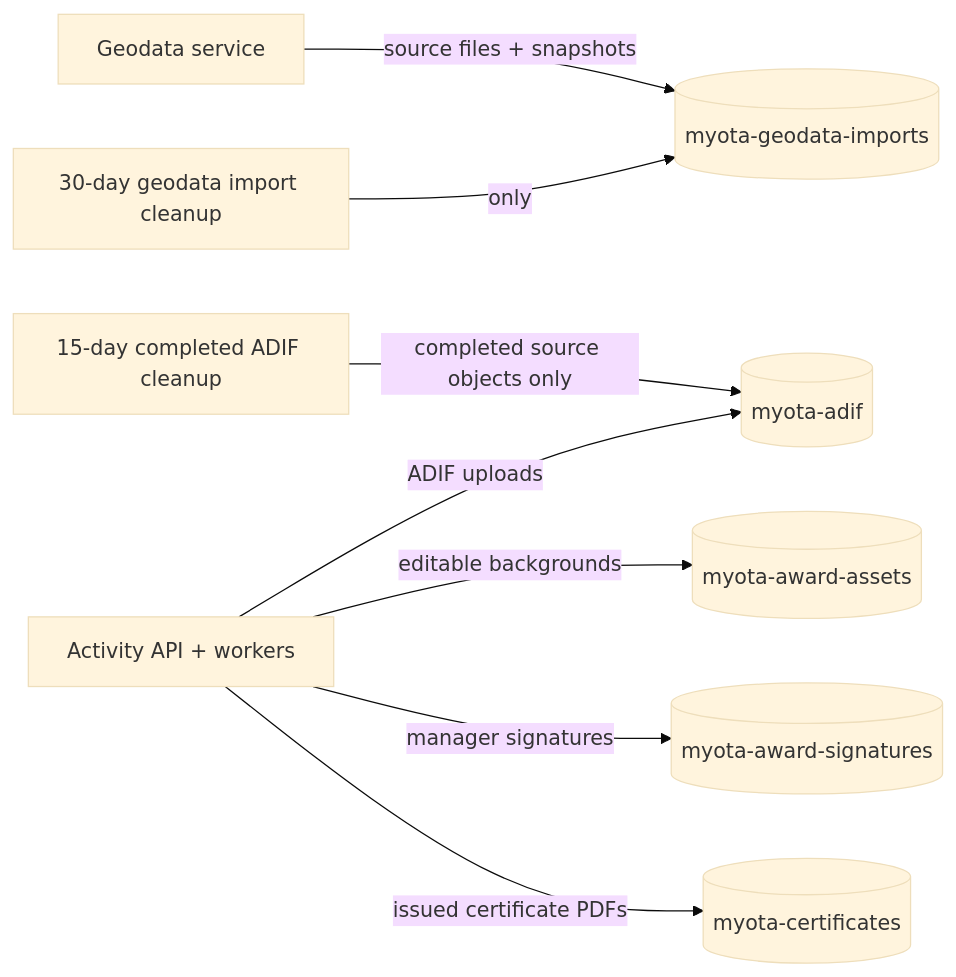
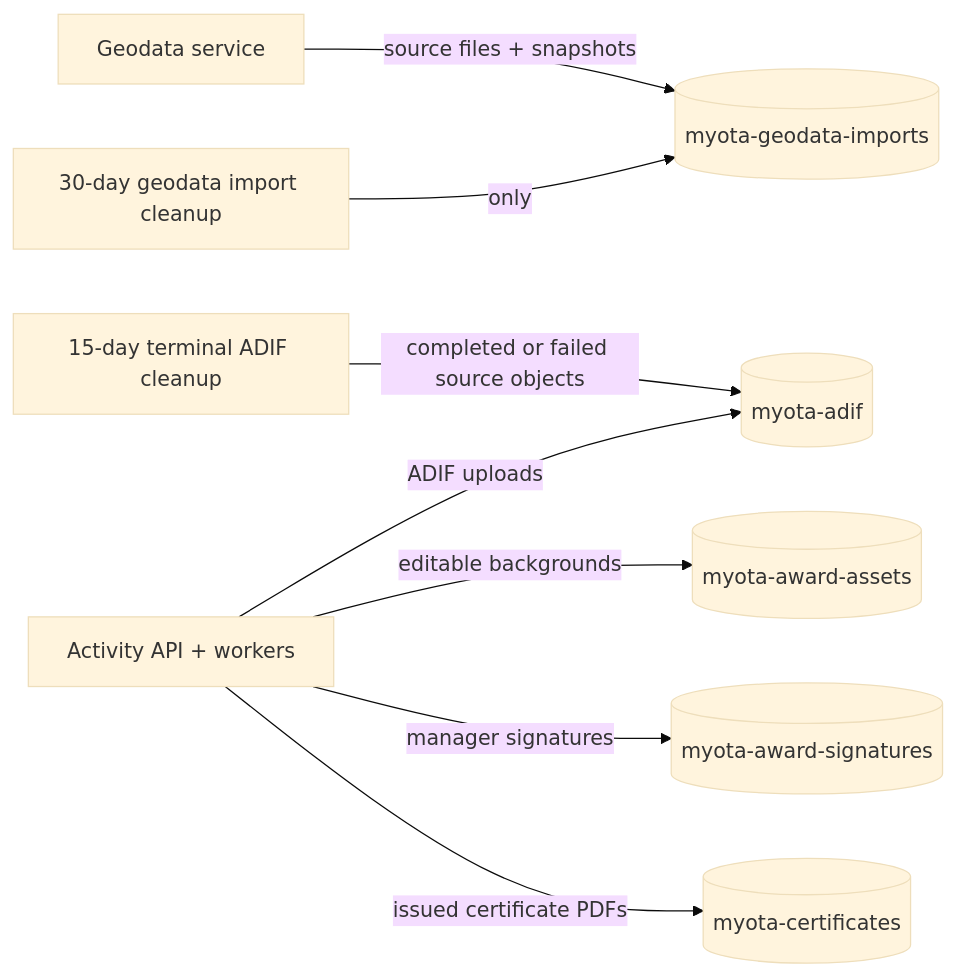
The diagram in docs/diagrams/object-storage-buckets.md (myota-platform/myota-docs), drawn with Mermaid (base theme) before and after one commit. The commit also changed other lines of this file and 1 other file, not shown here.

First line of the commit message:
Include failed ADIF imports in source retention

````diff
--- a/docs/diagrams/object-storage-buckets.md
+++ b/docs/diagrams/object-storage-buckets.md
@@ -8,10 +8,10 @@
 ```mermaid
 flowchart LR
   Geo[Geodata service] -->|source files + snapshots| GeoBucket[(myota-geodata-imports)]
   Activity[Activity API + workers] -->|ADIF uploads| AdifBucket[(myota-adif)]
-  AdifRetention[15-day completed ADIF cleanup] -->|completed source objects only| AdifBucket
+  AdifRetention[15-day terminal ADIF cleanup] -->|completed or failed source objects| AdifBucket
   Activity -->|editable backgrounds| BackgroundBucket[(myota-award-assets)]
   Activity -->|manager signatures| SignatureBucket[(myota-award-signatures)]
   Activity -->|issued certificate PDFs| CertificateBucket[(myota-certificates)]
   Retention[30-day geodata import cleanup] -->|only| GeoBucket
 ```
````
